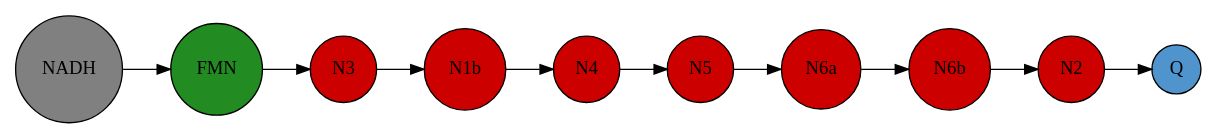
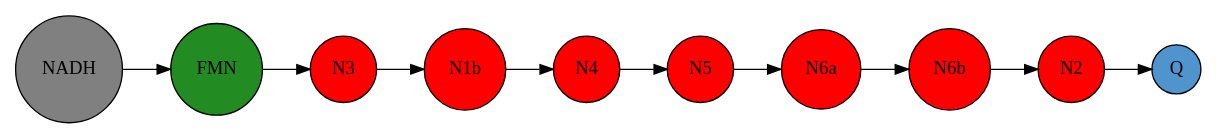
The second of 2 diagrams in mitochondria/etc/etc.org (hendersonmpa/study-notes), drawn with Graphviz before and after one commit. The commit also changed other lines of this file and 8 other files, not shown here.

```diff
--- a/mitochondria/etc/etc.org
+++ b/mitochondria/etc/etc.org
@@ -115,27 +110,27 @@
 #+BEGIN_SRC dot :file ./etc/figures/c1.pdf :cmdline -Kdot -Tpdf
   digraph {
            // graph from left to right
            rankdir=LR;
            splines=true;
            node [shape=circle];
            nadh [label="NADH", fillcolor=grey, style=filled]
            fmn [label="FMN", fillcolor=forestgreen, style=filled]
-           n3 [label="N3", fillcolor=red3, style=filled]    
-           n1b [label="N1b", fillcolor=red3, style=filled]     
-           n4 [label="N4", fillcolor=red3, style=filled]     
-           n5 [label="N5", fillcolor=red3, style=filled]     
-           n6a [label="N6a", fillcolor=red3, style=filled]     
-           n6b [label="N6b", fillcolor=red3, style=filled]     
-           n2 [label="N2", fillcolor=red3, style=filled]     
+           n3 [label="N3", fillcolor=red, style=filled]    
+           n1b [label="N1b", fillcolor=red, style=filled]     
+           n4 [label="N4", fillcolor=red,style=filled]     
+           n5 [label="N5", fillcolor=red, style=filled]     
+           n6a [label="N6a", fillcolor=red, style=filled]     
+           n6b [label="N6b", fillcolor=red, style=filled]     
+           n2 [label="N2", fillcolor=red, style=filled]     
            q [label="Q", fillcolor=steelblue3, style=filled]     
            nadh-> fmn
            fmn -> n3
            n3 -> n1b
 	       n1b -> n4
            n4 -> n5 
            n5 -> n6a
            n6a -> n6b
            n6b-> n2
            n2 -> q
            }    
 #+END_SRC
```
